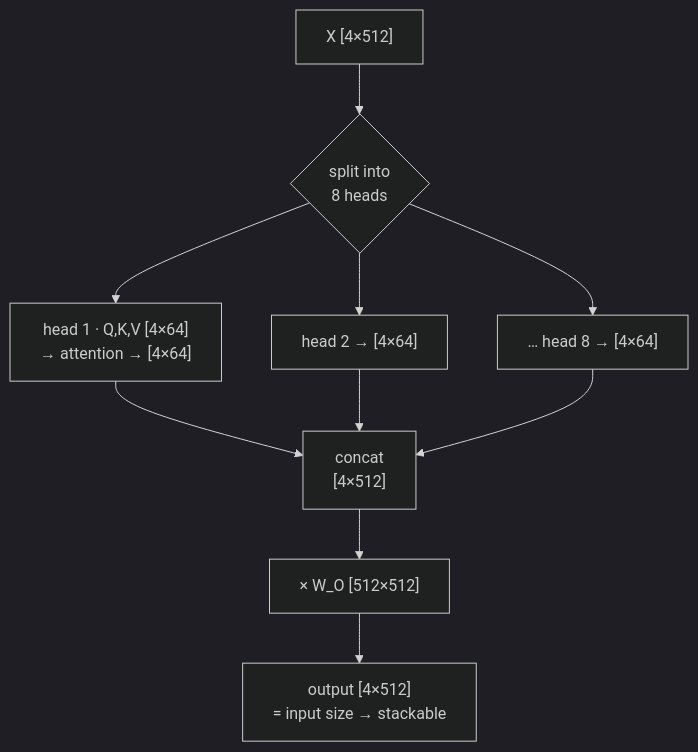
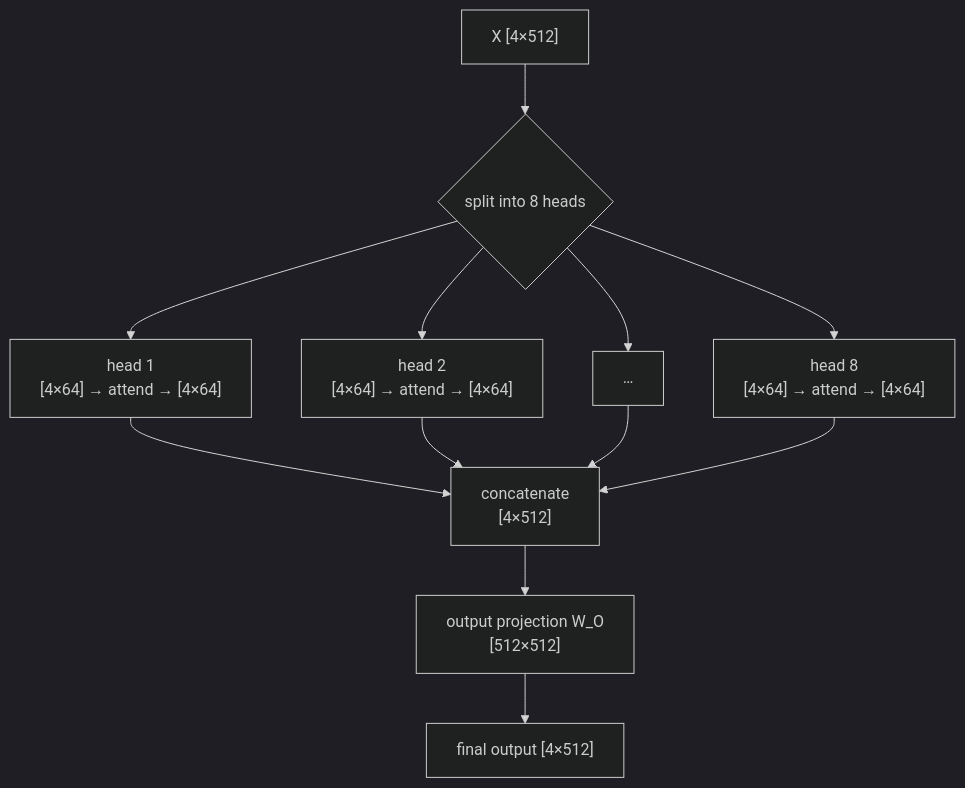
One commit to sanjaykumarpushadapu/MTech changed the sixth of 14 diagrams in 2026-2027-Sem1/AIMLZG536-LLMForGenerativeAI/notes/S01-foundations.md. Above: the diagram before and after it, drawn with Mermaid (dark theme). The commit also changed other lines of this file and 4 other files, not shown here.

````diff
--- a/2026-2027-Sem1/AIMLZG536-LLMForGenerativeAI/notes/S01-foundations.md
+++ b/2026-2027-Sem1/AIMLZG536-LLMForGenerativeAI/notes/S01-foundations.md
@@ -327,12 +327,14 @@
 ```mermaid
 flowchart TD
-    X["X [4×512]"] --> S{"split into<br/>8 heads"}
-    S --> H1["head 1 · Q,K,V [4×64]<br/>→ attention → [4×64]"]
-    S --> H2["head 2 → [4×64]"]
-    S --> H8["… head 8 → [4×64]"]
-    H1 --> C["concat<br/>[4×512]"]
+    X["X [4×512]"] --> S{"split into 8 heads"}
+    S --> H1["head 1<br/>[4×64] → attend → [4×64]"]
+    S --> H2["head 2<br/>[4×64] → attend → [4×64]"]
+    S --> H3["…"]
+    S --> H8["head 8<br/>[4×64] → attend → [4×64]"]
+    H1 --> C["concatenate<br/>[4×512]"]
     H2 --> C
+    H3 --> C
     H8 --> C
-    C --> WO["× W_O [512×512]"]
-    WO --> O["output [4×512]<br/>= input size → stackable"]
+    C --> WO["output projection W_O<br/>[512×512]"]
+    WO --> O["final output [4×512]"]
 ```
````
